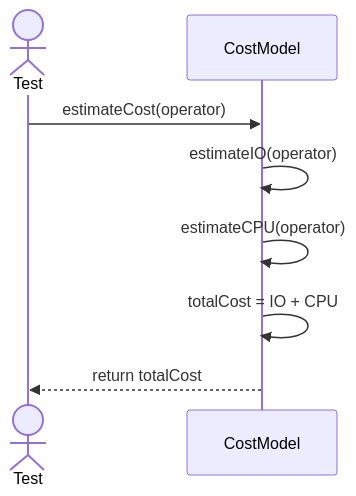
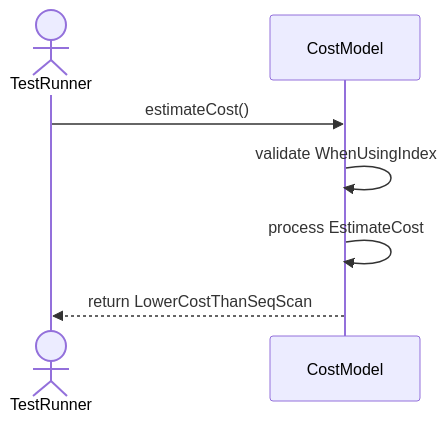
One commit to TamBui1706/DBMS changed the second of 5 diagrams in Sequences/QueryProcessor/CostModel.md. Above: the diagram before and after it, drawn with Mermaid. The commit also changed other lines of this file and 63 other files, not shown here.

Commit message:
Draw sequence diagram for unit tests

````diff
--- a/Sequences/QueryProcessor/CostModel.md
+++ b/Sequences/QueryProcessor/CostModel.md
@@ -14,11 +29,9 @@
 ```mermaid
 sequenceDiagram
-    actor Test
+    actor TestRunner
     participant CostModel
-
-    Test->>CostModel: estimateCost(operator)
-    CostModel->>CostModel: estimateIO(operator)
-    CostModel->>CostModel: estimateCPU(operator)
-    CostModel->>CostModel: totalCost = IO + CPU
-    CostModel-->>Test: return totalCost
+    TestRunner->>CostModel: estimateCost()
+    CostModel->>CostModel: validate WhenUsingIndex
+    CostModel->>CostModel: process EstimateCost
+    CostModel-->>TestRunner: return LowerCostThanSeqScan
 ```
````
